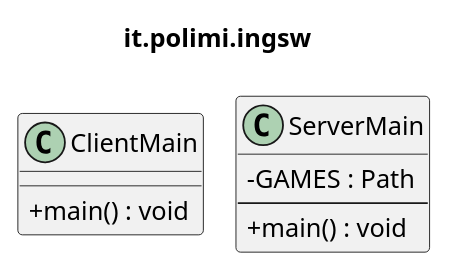
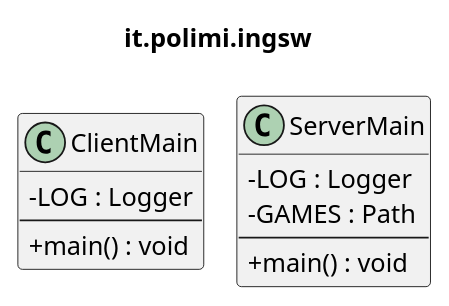
Before and after one commit to samuelesegrini/ing-sw-2025-segrini-terribile-varricchio-zanca: the diagram in docs/uml/detailed/it-polimi-ingsw.puml, drawn with PlantUML. The commit also changed 9 other files, not shown here.

```diff
--- a/docs/uml/detailed/it-polimi-ingsw.puml
+++ b/docs/uml/detailed/it-polimi-ingsw.puml
@@ -1,17 +1,20 @@
 @startuml it_polimi_ingsw
 ' Generated by tools/uml/generate-detailed.py. Do not edit by hand.
 !pragma layout smetana
 skinparam shadowing false
 skinparam classAttributeIconSize 0
 title it.polimi.ingsw
 
 class ClientMain {
+  -LOG : Logger
+  --
   +main() : void
 }
 class ServerMain {
+  -LOG : Logger
   -GAMES : Path
   --
   +main() : void
 }
 
 @enduml
```
